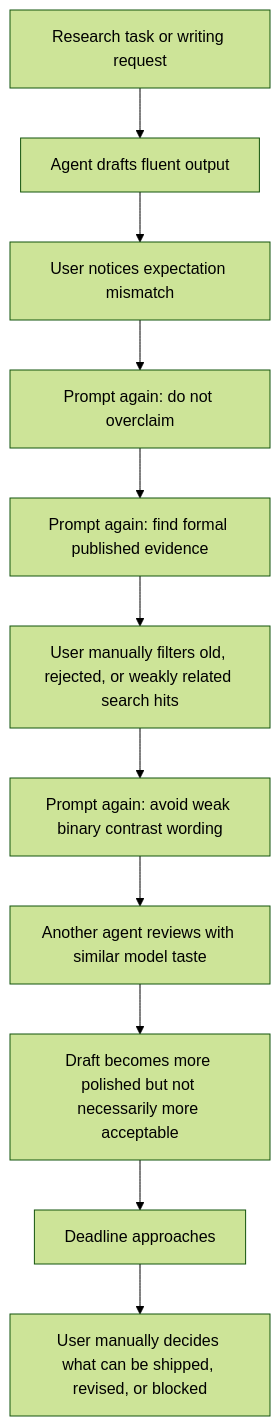
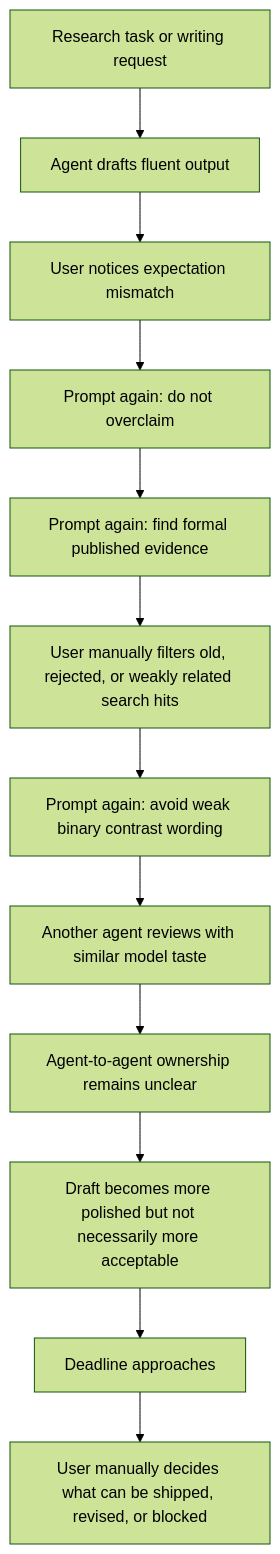
One commit to RachelNongyingLi/research-process-automation-demo-clean changed the diagram in docs/as_is_process.md. Above: the diagram before and after it, drawn with Mermaid (forest theme). The commit also changed other lines of this file and 13 other files, not shown here.

````diff
--- a/docs/as_is_process.md
+++ b/docs/as_is_process.md
@@ -5,13 +5,14 @@
 ```mermaid
 flowchart TD
   A["Research task or writing request"] --> B["Agent drafts fluent output"]
   B --> C["User notices expectation mismatch"]
   C --> D["Prompt again: do not overclaim"]
   D --> E["Prompt again: find formal published evidence"]
   E --> F["User manually filters old, rejected, or weakly related search hits"]
   F --> G["Prompt again: avoid weak binary contrast wording"]
   G --> H["Another agent reviews with similar model taste"]
-  H --> I["Draft becomes more polished but not necessarily more acceptable"]
-  I --> J["Deadline approaches"]
-  J --> K["User manually decides what can be shipped, revised, or blocked"]
+  H --> I["Agent-to-agent ownership remains unclear"]
+  I --> J["Draft becomes more polished but not necessarily more acceptable"]
+  J --> K["Deadline approaches"]
+  K --> L["User manually decides what can be shipped, revised, or blocked"]
 ```
````
